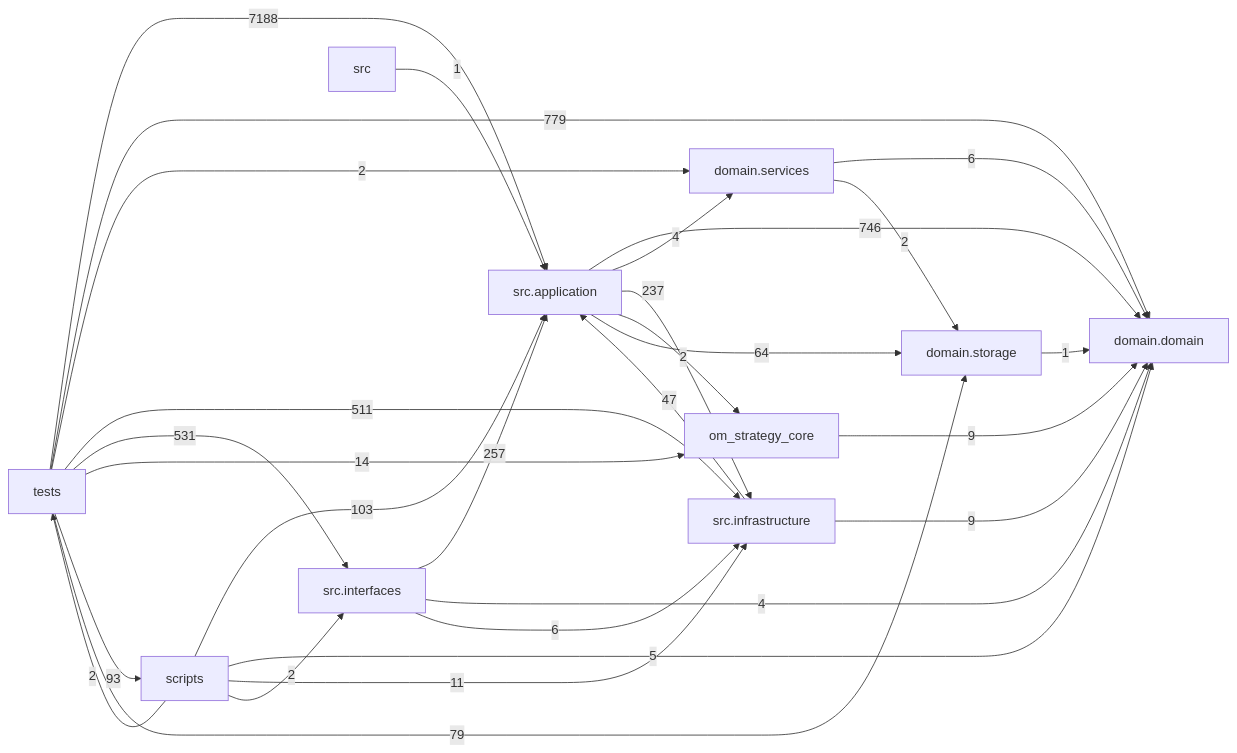
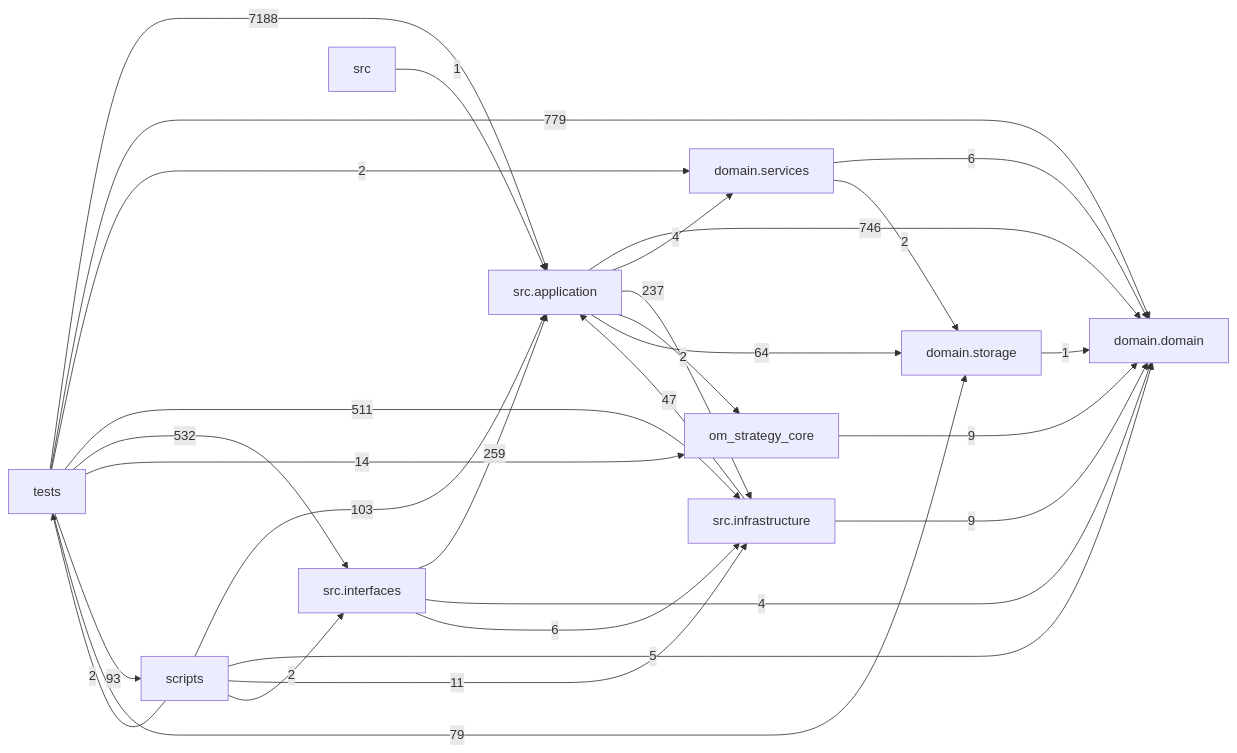
One commit to liuxie066/options-monitor changed the diagram in docs/DEPENDENCY_GRAPH.md. Above: the diagram before and after it, drawn with Mermaid. The commit also changed other lines of this file and 6 other files, not shown here.

````diff
--- a/docs/DEPENDENCY_GRAPH.md
+++ b/docs/DEPENDENCY_GRAPH.md
@@ -24,39 +24,39 @@
 ```mermaid
 flowchart LR
   tests["tests"]
   scripts["scripts"]
   interfaces["src.interfaces"]
   application["src.application"]
   infrastructure["src.infrastructure"]
   domain_services["domain.services"]
   domain["domain.domain"]
   storage["domain.storage"]
   application -->|746| domain
   application -->|4| domain_services
   application -->|237| infrastructure
   application -->|2| om_strategy_core
   application -->|64| storage
   domain_services -->|6| domain
   domain_services -->|2| storage
   infrastructure -->|47| application
   infrastructure -->|9| domain
-  interfaces -->|257| application
+  interfaces -->|259| application
   interfaces -->|4| domain
   interfaces -->|6| infrastructure
   om_strategy_core -->|9| domain
   scripts -->|103| application
   scripts -->|5| domain
   scripts -->|11| infrastructure
   scripts -->|2| interfaces
   scripts -->|2| tests
   src -->|1| application
   storage -->|1| domain
   tests -->|7188| application
   tests -->|779| domain
   tests -->|2| domain_services
   tests -->|511| infrastructure
-  tests -->|531| interfaces
+  tests -->|532| interfaces
   tests -->|14| om_strategy_core
   tests -->|93| scripts
   tests -->|79| storage
 ```
````
